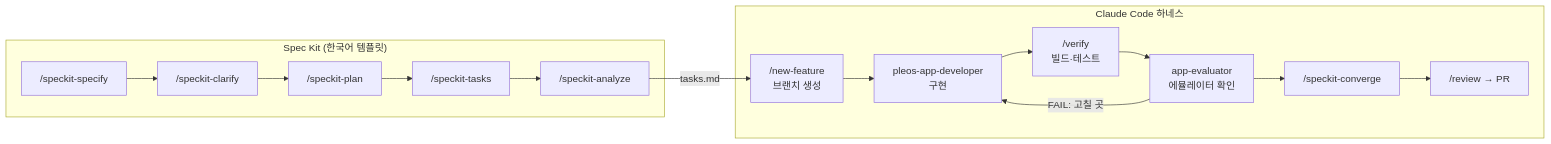
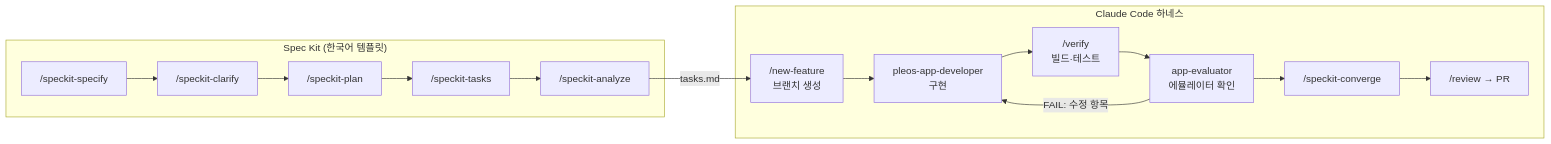
One commit to JoisFe/deja-vroom changed the diagram in docs/workflow.md. Above: the diagram before and after it, drawn with Mermaid. The commit also changed other lines of this file and 8 other files, not shown here.

````diff
--- a/docs/workflow.md
+++ b/docs/workflow.md
@@ -5,11 +5,11 @@
 ```mermaid
 flowchart LR
     subgraph Spec["Spec Kit (한국어 템플릿)"]
         S1["/speckit-specify"] --> S2["/speckit-clarify"] --> S3["/speckit-plan"] --> S4["/speckit-tasks"] --> S5["/speckit-analyze"]
     end
     subgraph Build["Claude Code 하네스"]
         B1["/new-feature<br/>브랜치 생성"] --> B2["pleos-app-developer<br/>구현"] --> B3["/verify<br/>빌드·테스트"] --> B4["app-evaluator<br/>에뮬레이터 확인"] --> B5["/speckit-converge"] --> B6["/review → PR"]
     end
     S5 -->|tasks.md| B1
-    B4 -->|FAIL: 고칠 곳| B2
+    B4 -->|FAIL: 수정 항목| B2
 ```
````
